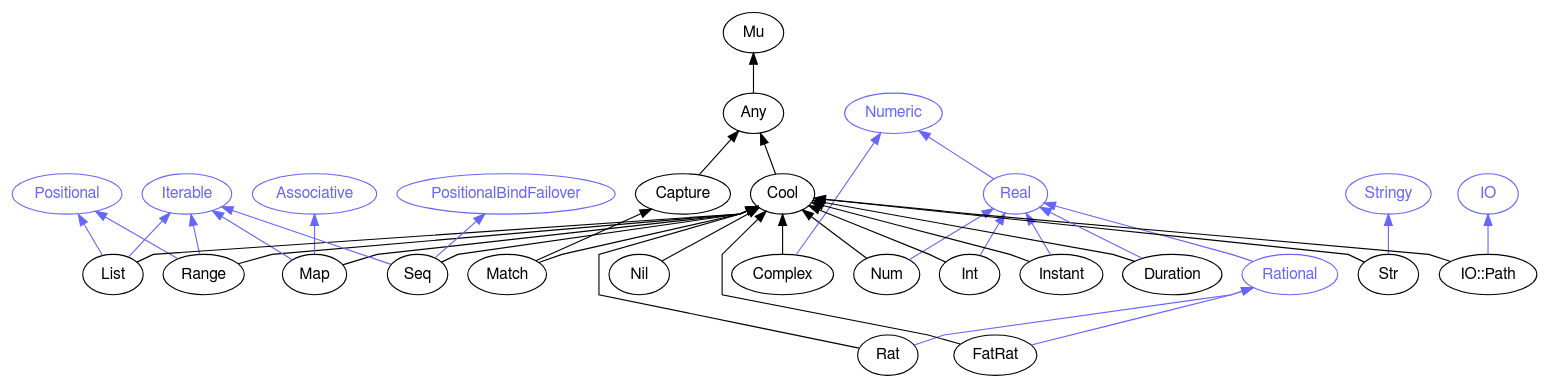
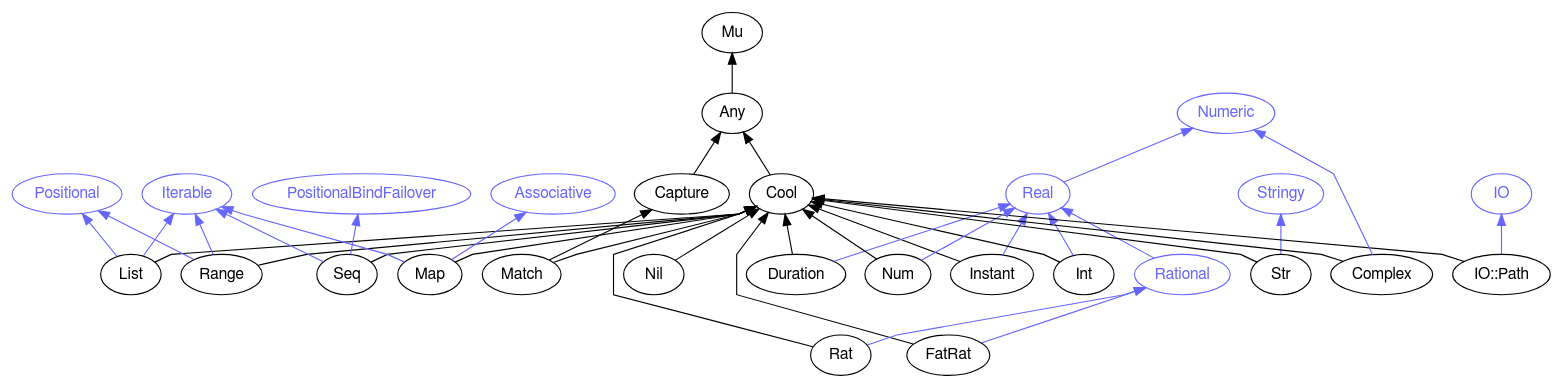
Before and after one commit to perl6docs/perl6docs.github.io: the diagram in images/type-graph-Cool.svg.dot, drawn with Graphviz. The commit also changed other lines of this file and 4398 other files, not shown here.

```diff
--- a/images/type-graph-Cool.svg.dot
+++ b/images/type-graph-Cool.svg.dot
@@ -1,76 +1,76 @@
 digraph "perl6-type-graph" {
     rankdir=BT;
     splines=polyline;
     overlap=false; 
     // Types
     "Cool" [color="#000000", fontcolor="#000000", href="/type/Cool", fontname="FreeSans"];
     "Mu" [color="#000000", fontcolor="#000000", href="/type/Mu", fontname="FreeSans"];
     "Any" [color="#000000", fontcolor="#000000", href="/type/Any", fontname="FreeSans"];
     "Numeric" [color="#6666FF", fontcolor="#6666FF", href="/type/Numeric", fontname="FreeSans"];
     "Real" [color="#6666FF", fontcolor="#6666FF", href="/type/Real", fontname="FreeSans"];
-    "Num" [color="#000000", fontcolor="#000000", href="/type/Num", fontname="FreeSans"];
+    "Instant" [color="#000000", fontcolor="#000000", href="/type/Instant", fontname="FreeSans"];
+    "Int" [color="#000000", fontcolor="#000000", href="/type/Int", fontname="FreeSans"];
     "Positional" [color="#6666FF", fontcolor="#6666FF", href="/type/Positional", fontname="FreeSans"];
     "Iterable" [color="#6666FF", fontcolor="#6666FF", href="/type/Iterable", fontname="FreeSans"];
+    "List" [color="#000000", fontcolor="#000000", href="/type/List", fontname="FreeSans"];
+    "Rational" [color="#6666FF", fontcolor="#6666FF", href="/type/Rational", fontname="FreeSans"];
+    "FatRat" [color="#000000", fontcolor="#000000", href="/type/FatRat", fontname="FreeSans"];
+    "Duration" [color="#000000", fontcolor="#000000", href="/type/Duration", fontname="FreeSans"];
     "Range" [color="#000000", fontcolor="#000000", href="/type/Range", fontname="FreeSans"];
-    "Rational" [color="#6666FF", fontcolor="#6666FF", href="/type/Rational", fontname="FreeSans"];
-    "Rat" [color="#000000", fontcolor="#000000", href="/type/Rat", fontname="FreeSans"];
+    "Stringy" [color="#6666FF", fontcolor="#6666FF", href="/type/Stringy", fontname="FreeSans"];
+    "Str" [color="#000000", fontcolor="#000000", href="/type/Str", fontname="FreeSans"];
+    "IO" [color="#6666FF", fontcolor="#6666FF", href="/type/IO", fontname="FreeSans"];
+    "IO::Path" [color="#000000", fontcolor="#000000", href="/type/IO::Path", fontname="FreeSans"];
+    "Nil" [color="#000000", fontcolor="#000000", href="/type/Nil", fontname="FreeSans"];
+    "PositionalBindFailover" [color="#6666FF", fontcolor="#6666FF", href="/type/PositionalBindFailover", fontname="FreeSans"];
+    "Seq" [color="#000000", fontcolor="#000000", href="/type/Seq", fontname="FreeSans"];
+    "Num" [color="#000000", fontcolor="#000000", href="/type/Num", fontname="FreeSans"];
+    "Capture" [color="#000000", fontcolor="#000000", href="/type/Capture", fontname="FreeSans"];
+    "Match" [color="#000000", fontcolor="#000000", href="/type/Match", fontname="FreeSans"];
     "Associative" [color="#6666FF", fontcolor="#6666FF", href="/type/Associative", fontname="FreeSans"];
     "Map" [color="#000000", fontcolor="#000000", href="/type/Map", fontname="FreeSans"];
-    "Capture" [color="#000000", fontcolor="#000000", href="/type/Capture", fontname="FreeSans"];
-    "Match" [color="#000000", fontcolor="#000000", href="/type/Match", fontname="FreeSans"];
+    "Rat" [color="#000000", fontcolor="#000000", href="/type/Rat", fontname="FreeSans"];
     "Complex" [color="#000000", fontcolor="#000000", href="/type/Complex", fontname="FreeSans"];
-    "Int" [color="#000000", fontcolor="#000000", href="/type/Int", fontname="FreeSans"];
-    "Instant" [color="#000000", fontcolor="#000000", href="/type/Instant", fontname="FreeSans"];
-    "Stringy" [color="#6666FF", fontcolor="#6666FF", href="/type/Stringy", fontname="FreeSans"];
-    "Str" [color="#000000", fontcolor="#000000", href="/type/Str", fontname="FreeSans"];
-    "List" [color="#000000", fontcolor="#000000", href="/type/List", fontname="FreeSans"];
-    "IO" [color="#6666FF", fontcolor="#6666FF", href="/type/IO", fontname="FreeSans"];
-    "IO::Path" [color="#000000", fontcolor="#000000", href="/type/IO::Path", fontname="FreeSans"];
-    "PositionalBindFailover" [color="#6666FF", fontcolor="#6666FF", href="/type/PositionalBindFailover", fontname="FreeSans"];
-    "Seq" [color="#000000", fontcolor="#000000", href="/type/Seq", fontname="FreeSans"];
-    "Duration" [color="#000000", fontcolor="#000000", href="/type/Duration", fontname="FreeSans"];
-    "Nil" [color="#000000", fontcolor="#000000", href="/type/Nil", fontname="FreeSans"];
-    "FatRat" [color="#000000", fontcolor="#000000", href="/type/FatRat", fontname="FreeSans"];
 
     // Superclasses
     "Cool" -> "Any" [color="#000000"];
     "Any" -> "Mu" [color="#000000"];
+    "Instant" -> "Cool" [color="#000000"];
+    "Int" -> "Cool" [color="#000000"];
+    "List" -> "Cool" [color="#000000"];
+    "FatRat" -> "Cool" [color="#000000"];
+    "Duration" -> "Cool" [color="#000000"];
+    "Range" -> "Cool" [color="#000000"];
+    "Str" -> "Cool" [color="#000000"];
+    "IO::Path" -> "Cool" [color="#000000"];
+    "Nil" -> "Cool" [color="#000000"];
+    "Seq" -> "Cool" [color="#000000"];
     "Num" -> "Cool" [color="#000000"];
-    "Range" -> "Cool" [color="#000000"];
-    "Rat" -> "Cool" [color="#000000"];
-    "Map" -> "Cool" [color="#000000"];
     "Capture" -> "Any" [color="#000000"];
     "Match" -> "Capture" [color="#000000"];
     "Match" -> "Cool" [color="#000000"];
+    "Map" -> "Cool" [color="#000000"];
+    "Rat" -> "Cool" [color="#000000"];
     "Complex" -> "Cool" [color="#000000"];
-    "Int" -> "Cool" [color="#000000"];
-    "Instant" -> "Cool" [color="#000000"];
-    "Str" -> "Cool" [color="#000000"];
-    "List" -> "Cool" [color="#000000"];
-    "IO::Path" -> "Cool" [color="#000000"];
-    "Seq" -> "Cool" [color="#000000"];
-    "Duration" -> "Cool" [color="#000000"];
-    "Nil" -> "Cool" [color="#000000"];
-    "FatRat" -> "Cool" [color="#000000"];
 
     // Roles
     "Real" -> "Numeric" [color="#6666FF"];
-    "Num" -> "Real" [color="#6666FF"];
+    "Instant" -> "Real" [color="#6666FF"];
+    "Int" -> "Real" [color="#6666FF"];
+    "List" -> "Positional" [color="#6666FF"];
+    "List" -> "Iterable" [color="#6666FF"];
+    "Rational" -> "Real" [color="#6666FF"];
+    "FatRat" -> "Rational" [color="#6666FF"];
+    "Duration" -> "Real" [color="#6666FF"];
     "Range" -> "Positional" [color="#6666FF"];
     "Range" -> "Iterable" [color="#6666FF"];
-    "Rational" -> "Real" [color="#6666FF"];
-    "Rat" -> "Rational" [color="#6666FF"];
-    "Map" -> "Iterable" [color="#6666FF"];
-    "Map" -> "Associative" [color="#6666FF"];
-    "Complex" -> "Numeric" [color="#6666FF"];
-    "Int" -> "Real" [color="#6666FF"];
-    "Instant" -> "Real" [color="#6666FF"];
     "Str" -> "Stringy" [color="#6666FF"];
-    "List" -> "Positional" [color="#6666FF"];
-    "List" -> "Iterable" [color="#6666FF"];
     "IO::Path" -> "IO" [color="#6666FF"];
     "Seq" -> "Iterable" [color="#6666FF"];
     "Seq" -> "PositionalBindFailover" [color="#6666FF"];
-    "Duration" -> "Real" [color="#6666FF"];
-    "FatRat" -> "Rational" [color="#6666FF"];
+    "Num" -> "Real" [color="#6666FF"];
+    "Map" -> "Iterable" [color="#6666FF"];
+    "Map" -> "Associative" [color="#6666FF"];
+    "Rat" -> "Rational" [color="#6666FF"];
+    "Complex" -> "Numeric" [color="#6666FF"];
 }
```
